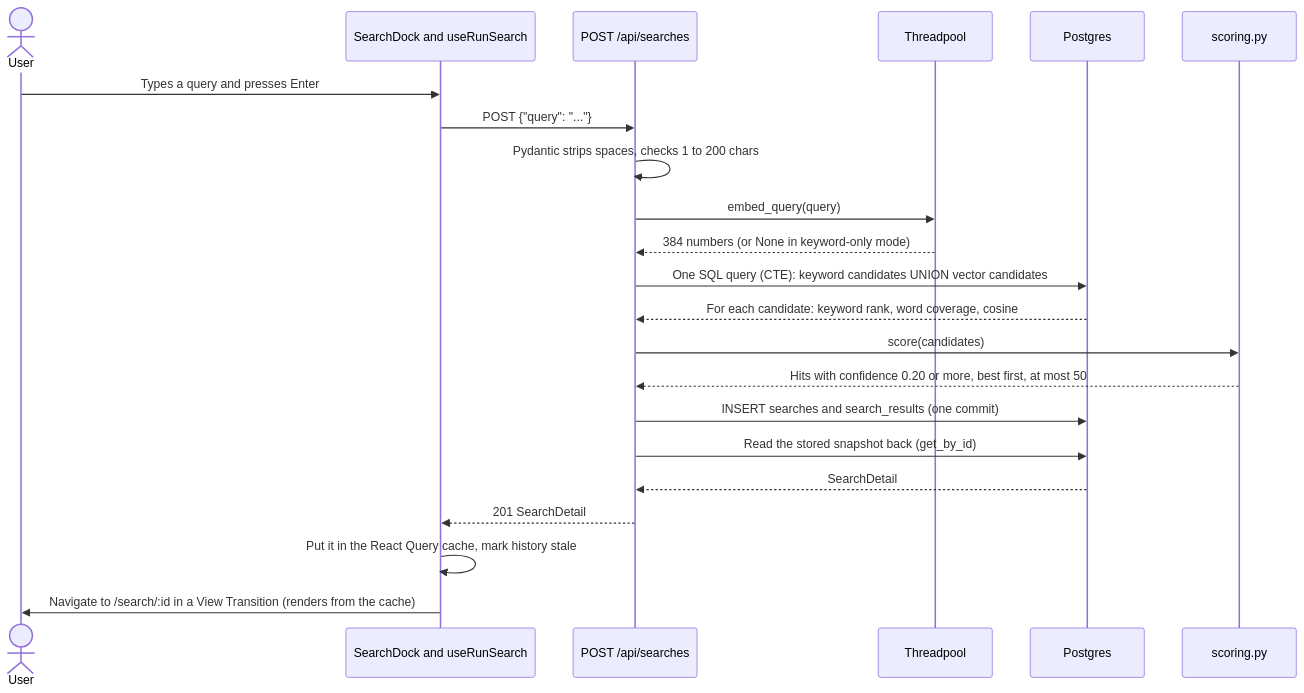
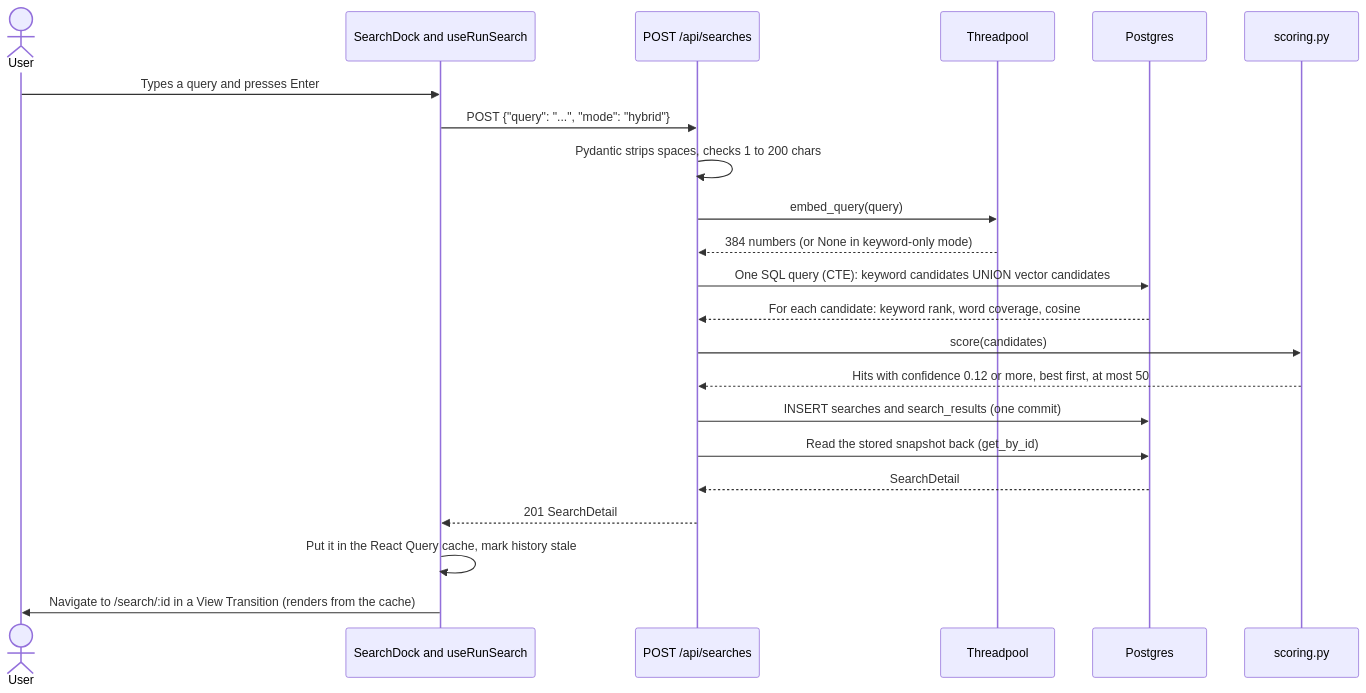
The second of 3 diagrams in docs/ARCHITECTURE.md (eli8levit/conntour-space-explorer), drawn with Mermaid before and after one commit. The commit also changed other lines of this file and 4 other files, not shown here.

````diff
--- a/docs/ARCHITECTURE.md
+++ b/docs/ARCHITECTURE.md
@@ -40,25 +40,25 @@
 ```mermaid
 sequenceDiagram
     actor U as User
     participant UI as SearchDock and useRunSearch
     participant C as POST /api/searches
     participant T as Threadpool
     participant DB as Postgres
     participant S as scoring.py
 
     U->>UI: Types a query and presses Enter
-    UI->>C: POST {"query": "..."}
+    UI->>C: POST {"query": "...", "mode": "hybrid"}
     C->>C: Pydantic strips spaces, checks 1 to 200 chars
     C->>T: embed_query(query)
     T-->>C: 384 numbers (or None in keyword-only mode)
     C->>DB: One SQL query (CTE): keyword candidates UNION vector candidates
     DB-->>C: For each candidate: keyword rank, word coverage, cosine
     C->>S: score(candidates)
-    S-->>C: Hits with confidence 0.20 or more, best first, at most 50
+    S-->>C: Hits with confidence 0.12 or more, best first, at most 50
     C->>DB: INSERT searches and search_results (one commit)
     C->>DB: Read the stored snapshot back (get_by_id)
     DB-->>C: SearchDetail
     C-->>UI: 201 SearchDetail
     UI->>UI: Put it in the React Query cache, mark history stale
     UI->>U: Navigate to /search/:id in a View Transition (renders from the cache)
 ```
````
